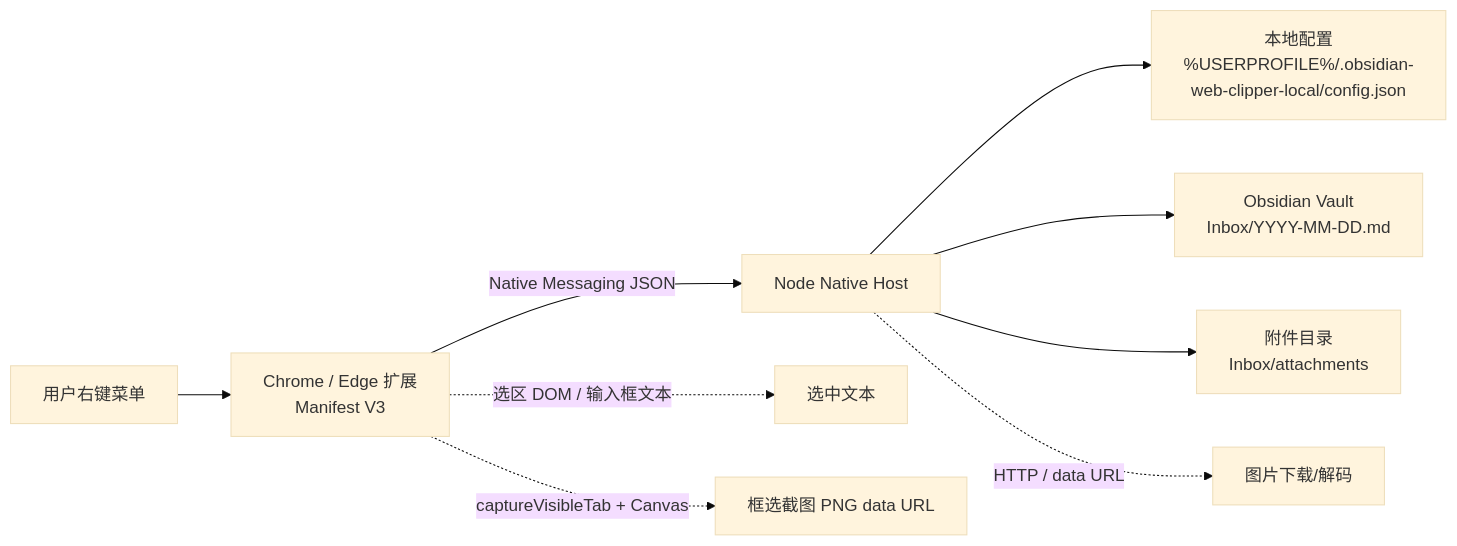
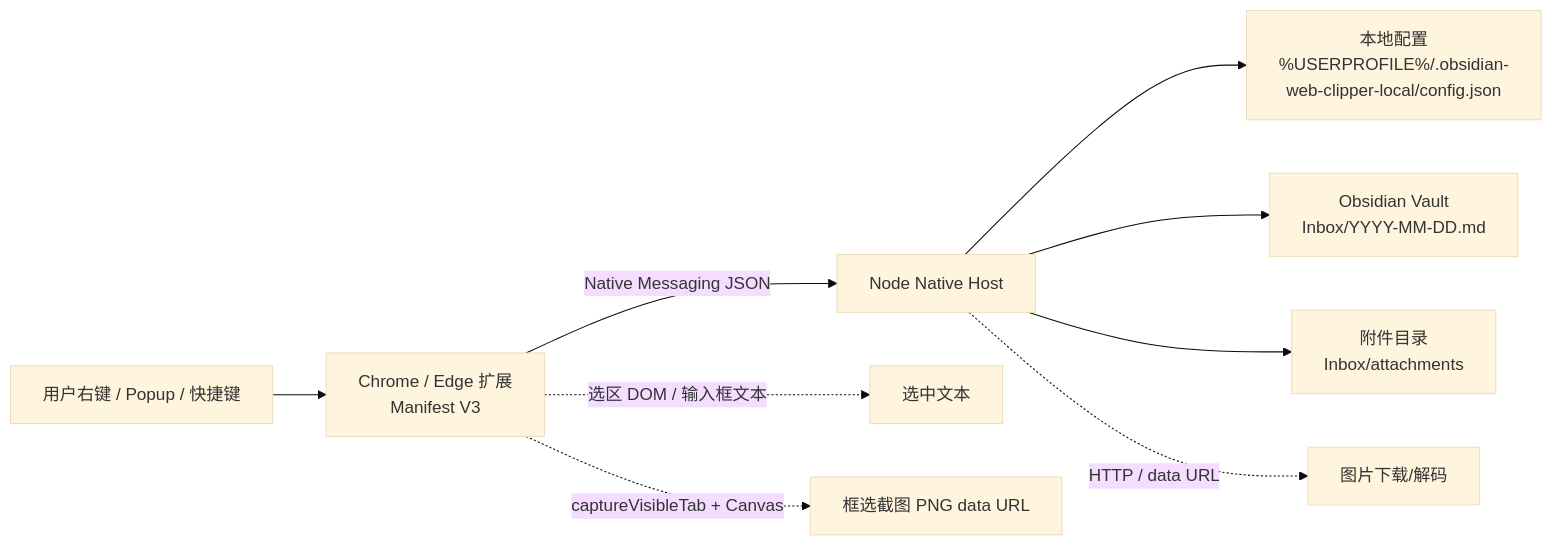
The first of 2 diagrams in README.md (bantubanjiu/yishan), drawn with Mermaid (base theme) before and after one commit. The commit also changed other lines of this file and 17 other files, not shown here.

````diff
--- a/README.md
+++ b/README.md
@@ -48,12 +51,12 @@
 ```mermaid
 flowchart LR
-  User[用户右键菜单] --> Ext[Chrome / Edge 扩展\nManifest V3]
+  User[用户右键 / Popup / 快捷键] --> Ext[Chrome / Edge 扩展\nManifest V3]
   Ext -->|Native Messaging JSON| Host[Node Native Host]
   Host --> Config[本地配置\n%USERPROFILE%/.obsidian-web-clipper-local/config.json]
   Host --> Inbox[Obsidian Vault\nInbox/YYYY-MM-DD.md]
   Host --> Attach[附件目录\nInbox/attachments]
 
   Ext -. 选区 DOM / 输入框文本 .-> Selection[选中文本]
   Ext -. captureVisibleTab + Canvas .-> Screenshot[框选截图 PNG data URL]
   Host -. HTTP / data URL .-> Image[图片下载/解码]
 ```
````
